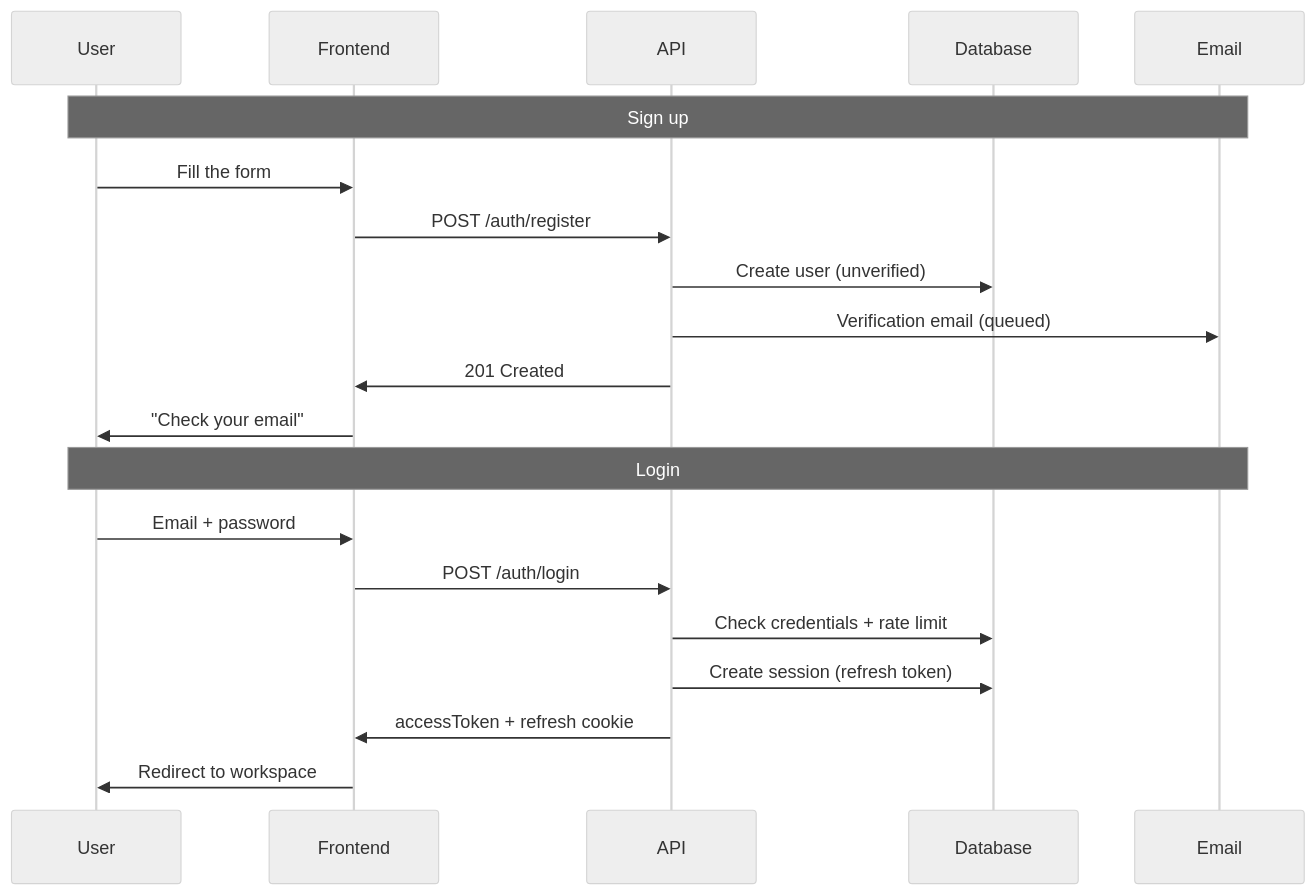
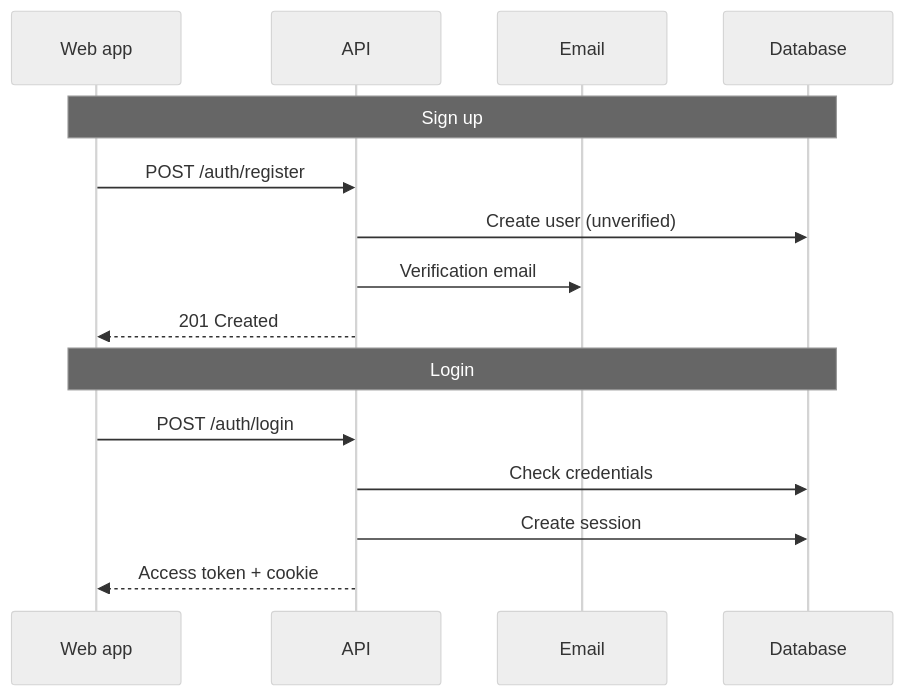
The seventh of 15 diagrams in BOOK.en.md (felipefontoura/spec-driven-development-book), drawn with Mermaid (neutral theme) before and after one commit. The commit also changed other lines of this file and 1 other file, not shown here.

````diff
--- a/BOOK.en.md
+++ b/BOOK.en.md
@@ -1140,24 +1149,19 @@
 ```mermaid
 sequenceDiagram
-    participant U as User
-    participant F as Frontend
+    participant W as Web app
     participant A as API
+    participant E as Email
     participant D as Database
-    participant E as Email
 
-    Note over U,E: Sign up
-    U->>F: Fill the form
-    F->>A: POST /auth/register
+    Note over W,D: Sign up
+    W->>A: POST /auth/register
     A->>D: Create user (unverified)
-    A->>E: Verification email (queued)
-    A->>F: 201 Created
-    F->>U: "Check your email"
+    A->>E: Verification email
+    A-->>W: 201 Created
 
-    Note over U,E: Login
-    U->>F: Email + password
-    F->>A: POST /auth/login
-    A->>D: Check credentials + rate limit
-    A->>D: Create session (refresh token)
-    A->>F: accessToken + refresh cookie
-    F->>U: Redirect to workspace
+    Note over W,D: Login
+    W->>A: POST /auth/login
+    A->>D: Check credentials
+    A->>D: Create session
+    A-->>W: Access token + cookie
 ```
````
